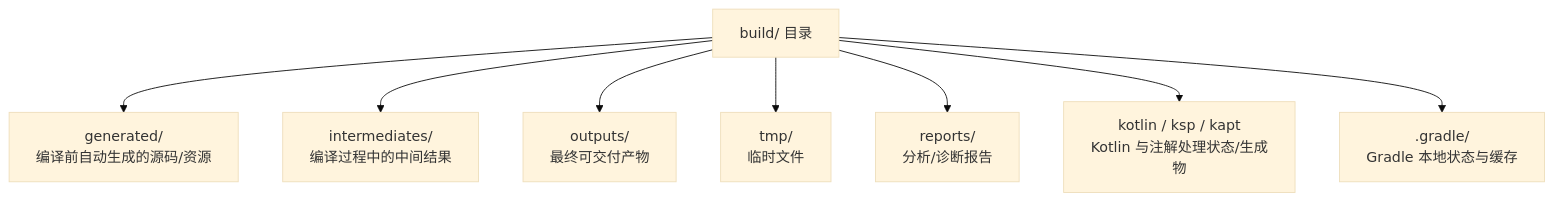
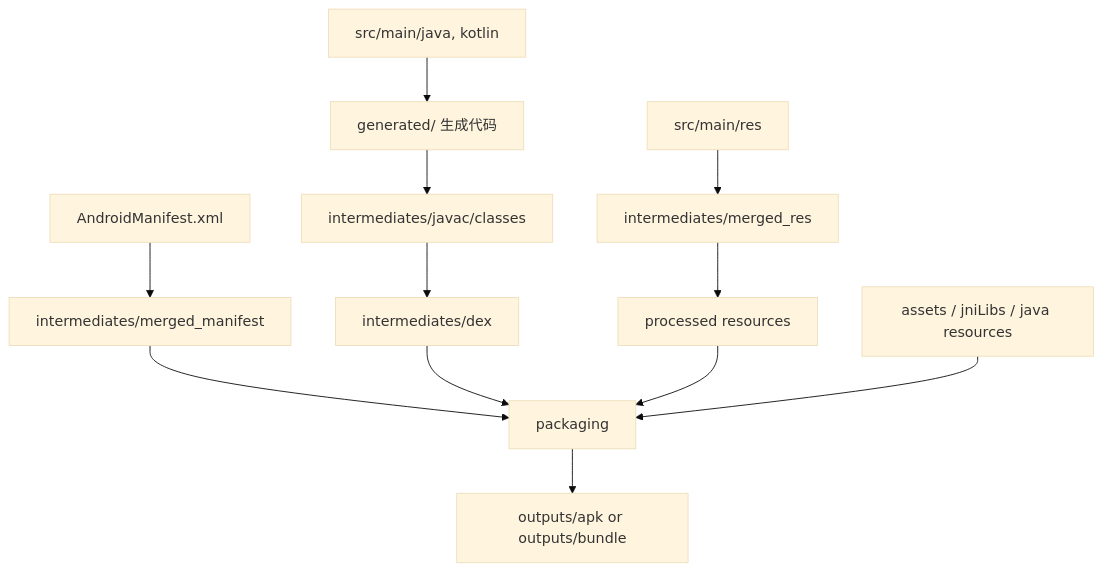
One commit to junyingzhao001/StudyNotes changed the diagram in android插件相关/build目录详解.md. Above: the diagram before and after it, drawn with Mermaid (base theme). The commit also changed 3 other files, not shown here.

````diff
--- a/android插件相关/build目录详解.md
+++ b/android插件相关/build目录详解.md
@@ -1340,17 +1340,14 @@
 ```mermaid
-flowchart TB
-  Build["build/ 目录"] --> Generated["generated/
-编译前自动生成的源码/资源"]
-  Build --> Intermediates["intermediates/
-编译过程中的中间结果"]
-  Build --> Outputs["outputs/
-最终可交付产物"]
-  Build --> Tmp["tmp/
-临时文件"]
-  Build --> Reports["reports/
-分析/诊断报告"]
-  Build --> Kotlin["kotlin / ksp / kapt
-Kotlin 与注解处理状态/生成物"]
-  Build --> Gradle[".gradle/
-Gradle 本地状态与缓存"]
+flowchart TD
+    A["src/main/java, kotlin"] --> B["generated/ 生成代码"]
+    C["src/main/res"] --> D["intermediates/merged_res"]
+    E["AndroidManifest.xml"] --> F["intermediates/merged_manifest"]
+    B --> G["intermediates/javac/classes"]
+    G --> H["intermediates/dex"]
+    D --> I["processed resources"]
+    F --> J["packaging"]
+    H --> J
+    I --> J
+    K["assets / jniLibs / java resources"] --> J
+    J --> L["outputs/apk or outputs/bundle"]
 ```
````
